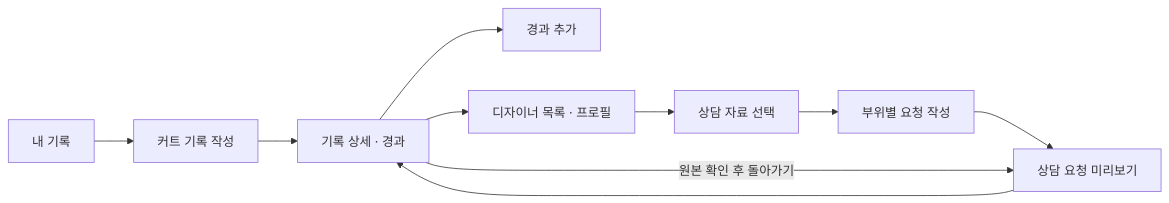
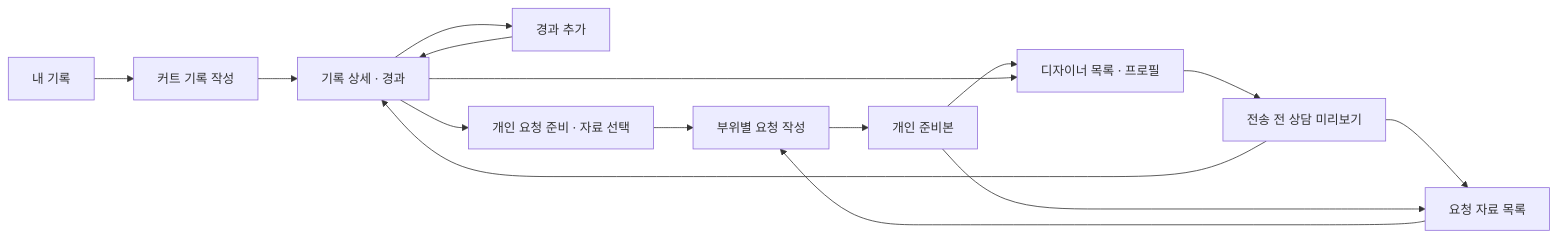
One commit to 8192KB/SALU changed the diagram in docs/prototype-plan.md. Above: the diagram before and after it, drawn with Mermaid. The commit also changed other lines of this file and 14 other files, not shown here.

````diff
--- a/docs/prototype-plan.md
+++ b/docs/prototype-plan.md
@@ -26,12 +26,17 @@
 ```mermaid
 flowchart LR
     A[내 기록] --> B[커트 기록 작성]
     B --> C[기록 상세 · 경과]
     C --> D[경과 추가]
-    C --> E[디자이너 목록 · 프로필]
-    E --> F[상담 자료 선택]
-    F --> G[부위별 요청 작성]
-    G --> H[상담 요청 미리보기]
-    H --> C
-    C -->|원본 확인 후 돌아가기| H
+    D --> C
+    C --> E[개인 요청 준비 · 자료 선택]
+    E --> F[부위별 요청 작성]
+    F --> G[개인 준비본]
+    G --> H[디자이너 목록 · 프로필]
+    C --> H
+    H --> I[전송 전 상담 미리보기]
+    I --> J[요청 자료 목록]
+    G --> J
+    J --> F
+    I --> C
 ```
````
